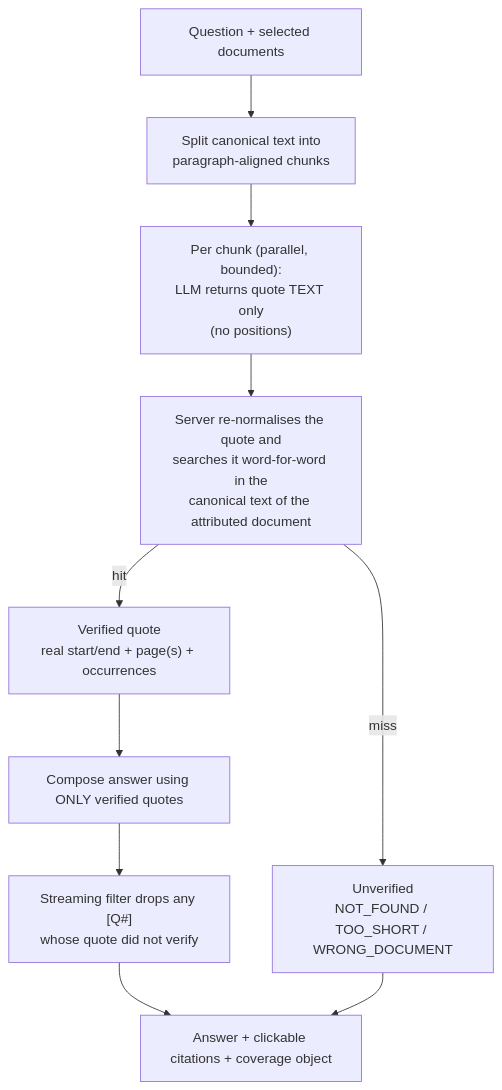
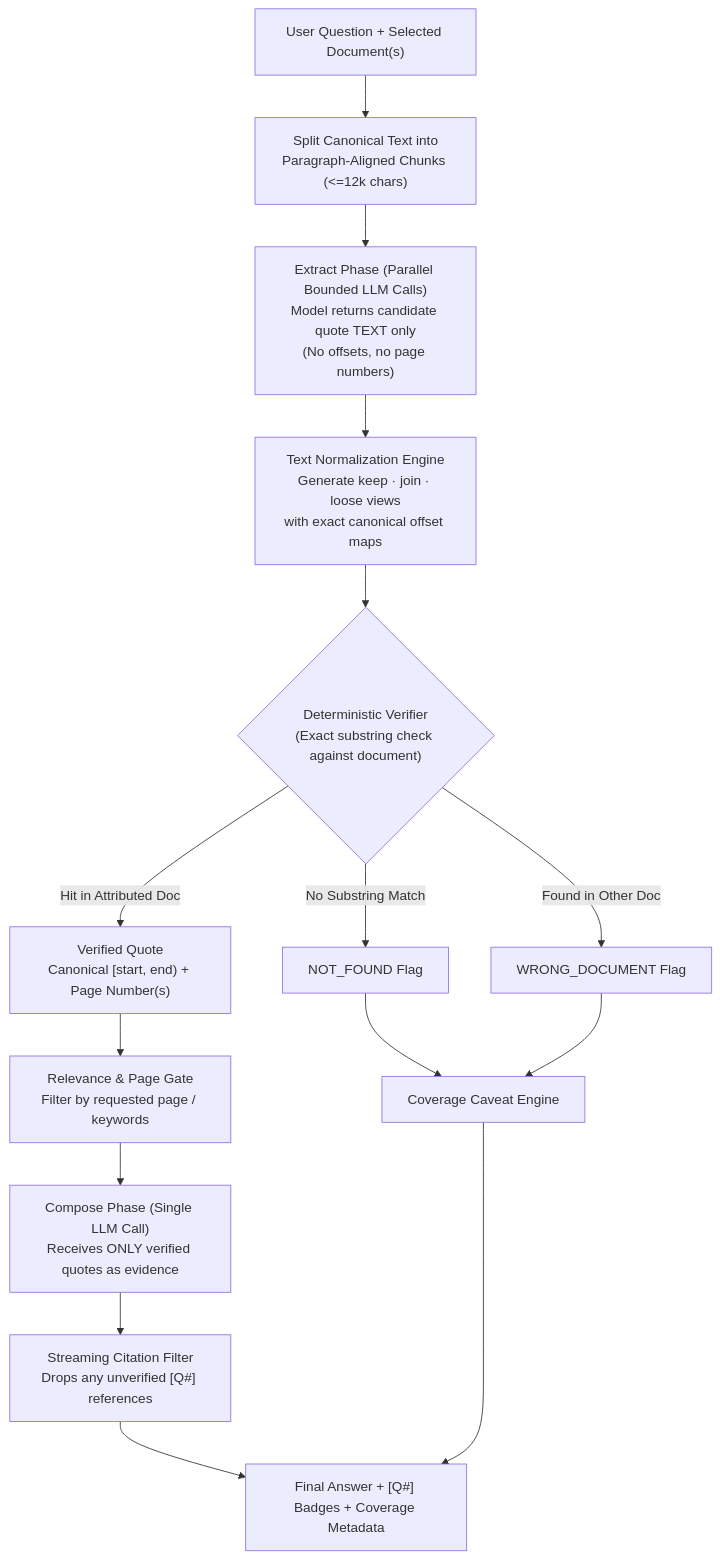
The second of 4 diagrams in README.md (VishalRajExe/verbatim-demo), drawn with Mermaid before and after one commit. The commit also changed other lines of this file, not shown here.

Commit message:
docs: expand README with tech stacks, working functions, and deep architectural Q&A

````diff
--- a/README.md
+++ b/README.md
@@ -141,12 +126,20 @@
 ```mermaid
 flowchart TD
-  A["Question + selected documents"] --> B["Split canonical text into<br/>paragraph-aligned chunks"]
-  B --> C["Per chunk (parallel, bounded):<br/>LLM returns quote TEXT only<br/>(no positions)"]
-  C --> D["Server re-normalises the quote and<br/>searches it word-for-word in the<br/>canonical text of the attributed document"]
-  D -->|hit| E["Verified quote<br/>real start/end + page(s) + occurrences"]
-  D -->|miss| F["Unverified<br/>NOT_FOUND / TOO_SHORT / WRONG_DOCUMENT"]
-  E --> G["Compose answer using ONLY verified quotes"]
-  G --> H["Streaming filter drops any [Q#]<br/>whose quote did not verify"]
-  H --> I["Answer + clickable citations + coverage object"]
-  F --> I
+  Q["User Question + Selected Document(s)"] --> CHK["Split Canonical Text into<br/>Paragraph-Aligned Chunks (<=12k chars)"]
+  CHK --> EXT["Extract Phase (Parallel Bounded LLM Calls)<br/>Model returns candidate quote TEXT only<br/>(No offsets, no page numbers)"]
+  EXT --> NORM["Text Normalization Engine<br/>Generate keep · join · loose views<br/>with exact canonical offset maps"]
+  NORM --> VERIF{"Deterministic Verifier<br/>(Exact substring check against document)"}
+  
+  VERIF -->|Hit in Attributed Doc| VQ["Verified Quote<br/>Canonical [start, end) + Page Number(s)"]
+  VERIF -->|Found in Other Doc| WD["WRONG_DOCUMENT Flag"]
+  VERIF -->|No Substring Match| NF["NOT_FOUND Flag"]
+  
+  VQ --> REL["Relevance & Page Gate<br/>Filter by requested page / keywords"]
+  REL --> COMP["Compose Phase (Single LLM Call)<br/>Receives ONLY verified quotes as evidence"]
+  COMP --> CFILT["Streaming Citation Filter<br/>Drops any unverified [Q#] references"]
+  CFILT --> OUT["Final Answer + [Q#] Badges + Coverage Metadata"]
+  
+  NF --> COV["Coverage Caveat Engine"]
+  WD --> COV
+  COV --> OUT
 ```
````
